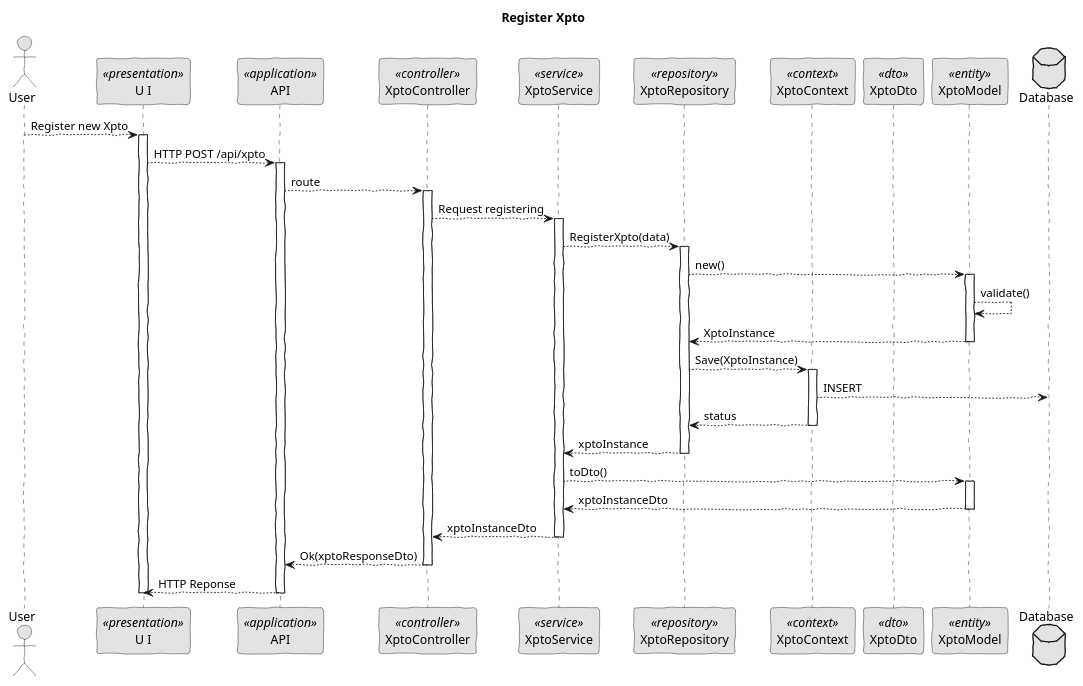
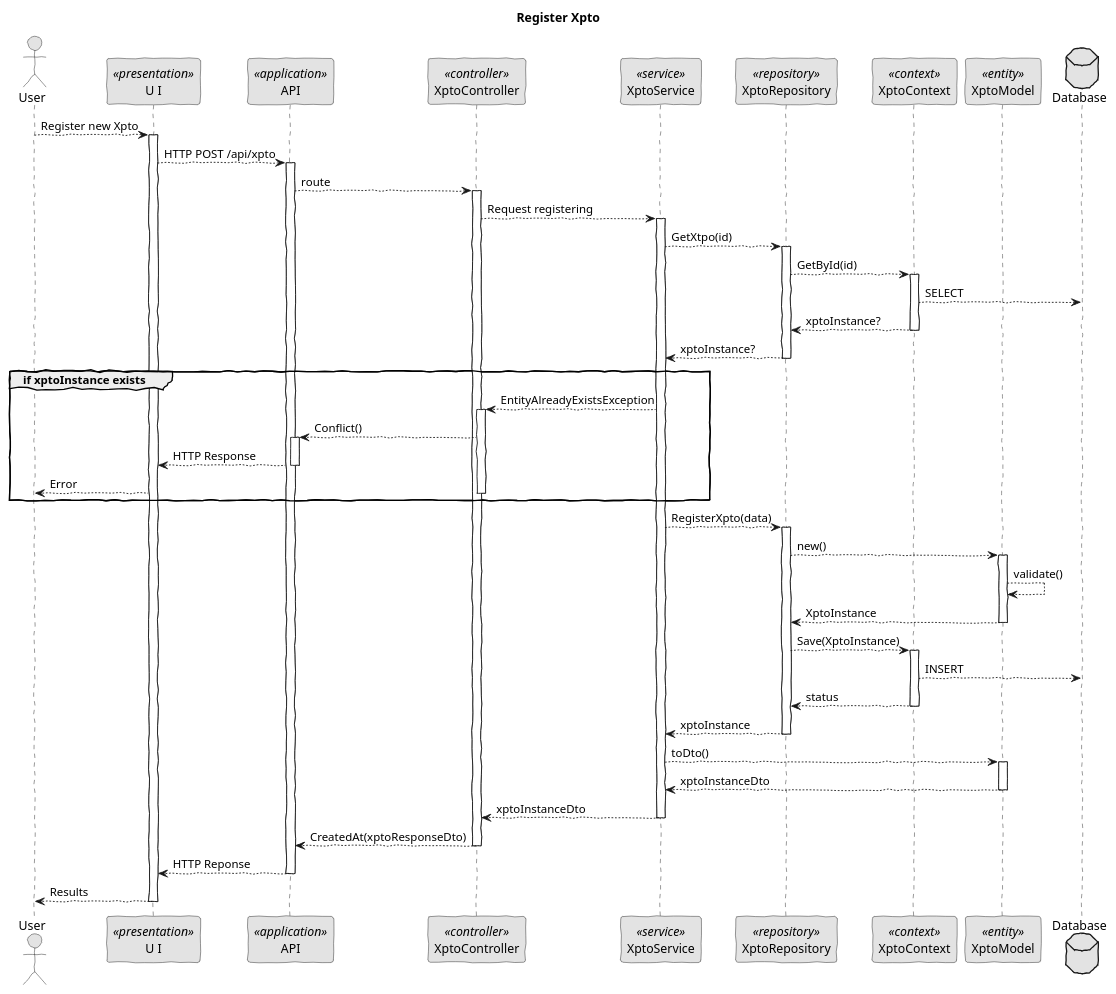
The diagram in docs/sprint_1/global_artifacts/generic_diagrams/sequence_diagram_post.puml (BernasDzn/portit), drawn with PlantUML before and after one commit. The commit also changed 9 other files, not shown here.

```diff
--- a/docs/sprint_1/global_artifacts/generic_diagrams/sequence_diagram_post.puml
+++ b/docs/sprint_1/global_artifacts/generic_diagrams/sequence_diagram_post.puml
@@ -1,68 +1,88 @@
 @startuml
 skinparam handwritten true
 skinparam monochrome true
 skinparam packageStyle rect
 skinparam defaultFontName FG Virgil
 skinparam shadowing false
 
 actor User as Actor
 participant "U I" as UI <<presentation>>
 participant API as API <<application>>
 participant XptoController as Controller <<controller>>
 participant XptoService as Service <<service>>
 participant XptoRepository as Repository <<repository>>
 participant XptoContext as Context <<context>>
-participant XptoDto as Dto <<dto>>
 participant XptoModel as Model <<entity>>
 database Database
 
 title Register Xpto
 
 Actor --> UI: Register new Xpto
 activate UI
 
     UI --> API: HTTP POST /api/xpto
 
     activate API
 
         API --> Controller: route
         activate Controller
 
             Controller --> Service: Request registering
             activate Service
+
+                Service --> Repository: GetXtpo(id)
+                activate Repository
+                    Repository --> Context: GetById(id)
+                    activate Context
+                    Context --> Database: SELECT
+                    Context --> Repository: xptoInstance?
+                    deactivate Context
+                    Repository --> Service: xptoInstance?
+                deactivate Repository
+
+                group if xptoInstance exists
+                    Service --> Controller: EntityAlreadyExistsException 
+                    activate Controller
+                        Controller --> API: Conflict()
+                        activate API
+                            API --> UI: HTTP Response
+                        deactivate API
+                        UI --> Actor: Error
+                    deactivate Controller
+                end
 
                 Service --> Repository: RegisterXpto(data)
                 activate Repository
                 
                     Repository --> Model: new()
                     activate Model
                         Model --> Model: validate()
                         Model --> Repository: XptoInstance
                     deactivate Model
                     Repository --> Context: Save(XptoInstance)
 
                     activate Context
                         Context --> Database: INSERT
                         Context --> Repository: status
                     deactivate Context
 
                     Repository --> Service: xptoInstance
                 deactivate Repository
 
                 Service --> Model: toDto()
                 activate Model
                     Model --> Service: xptoInstanceDto
                 deactivate Model
 
                 Service --> Controller: xptoInstanceDto
             deactivate Service
 
-            Controller --> API: Ok(xptoResponseDto)
+            Controller --> API: CreatedAt(xptoResponseDto)
         deactivate Controller
 
         API --> UI: HTTP Reponse
     deactivate API
-
+UI --> Actor: Results
 deactivate UI
             
 @enduml
```
